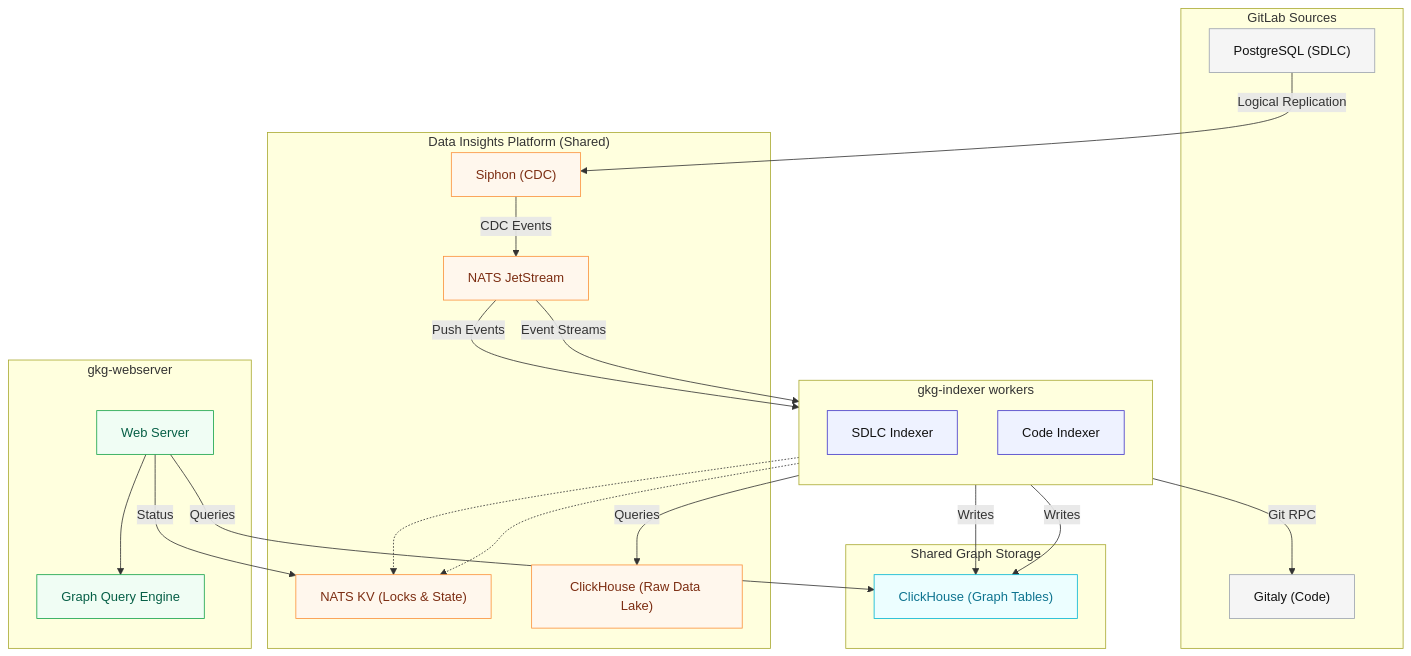
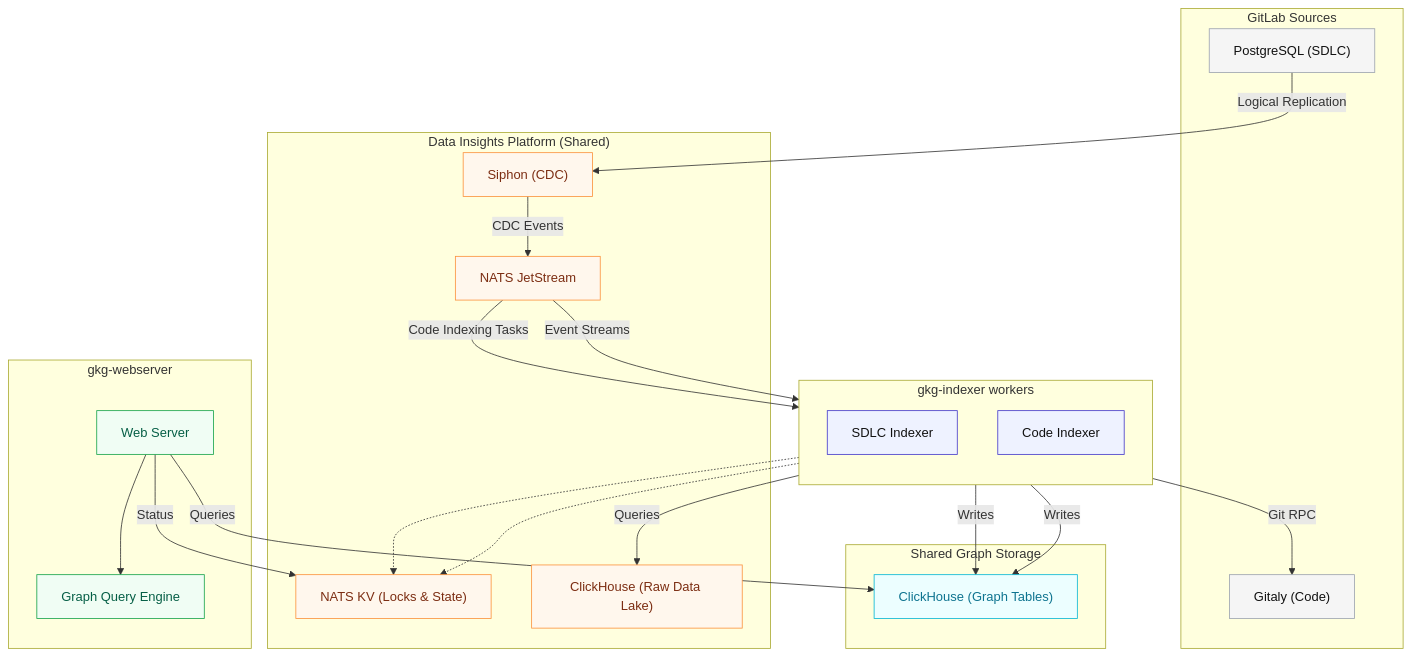
Before and after one commit to gitlabhq/orbit-knowledge-graph: the diagram in docs/design-documents/indexing/README.md, drawn with Mermaid. The commit also changed other lines of this file and 8 other files, not shown here.

First line of the commit message:
refactor(indexer): rename push_event_handler to code_indexing_task_handler

````diff
--- a/docs/design-documents/indexing/README.md
+++ b/docs/design-documents/indexing/README.md
@@ -27,61 +27,61 @@
 ```mermaid
 flowchart TD
   %% === Shared Infrastructure ===
   subgraph SOURCES["GitLab Sources"]
     PG["PostgreSQL (SDLC)"]
     Gitaly["Gitaly (Code)"]
   end
 
   subgraph DIP["Data Insights Platform (Shared)"]
     SYP["Siphon (CDC)"]
     JS["NATS JetStream"]
     KV["NATS KV (Locks & State)"]
     CH_RAW["ClickHouse (Raw Data Lake)"]
   end
 
   subgraph INDEXERS["gkg-indexer workers"]
     direction TB
     SDLC_IDX["SDLC Indexer"]
     CODE_IDX["Code Indexer"]
   end
 
   subgraph STORAGE["Shared Graph Storage"]
     CH_GRAPH["ClickHouse (Graph Tables)"]
   end
 
   subgraph QUERY["gkg-webserver"]
     WEB["Web Server"]
     QE["Graph Query Engine"]
   end
 
   %% === Data Flow ===
   PG -- Logical Replication --> SYP
   SYP -- CDC Events --> JS
   JS -- Event Streams --> SDLC_IDX
-  JS -- Push Events --> CODE_IDX
+  JS -- Code Indexing Tasks --> CODE_IDX
   CODE_IDX -- Git RPC --> Gitaly
 
   SDLC_IDX -- Queries --> CH_RAW
   SDLC_IDX -- Writes --> CH_GRAPH
   CODE_IDX -- Writes --> CH_GRAPH
 
   SDLC_IDX -.-> KV
   CODE_IDX -.-> KV
 
   WEB -- Queries --> CH_GRAPH
   WEB -- Status --> KV
   WEB --> QE
 
   %% === Styling ===
   classDef source fill:#f5f5f5,stroke:#9ca3af,color:#111
   classDef platform fill:#fff7ed,stroke:#fb923c,color:#7c2d12
   classDef indexer fill:#eef2ff,stroke:#4338ca,color:#111
   classDef storage fill:#ecfeff,stroke:#06b6d4,color:#0e7490
   classDef query fill:#f0fdf4,stroke:#16a34a,color:#065f46
 
   class PG,Gitaly source
   class SYP,JS,KV,CH_RAW platform
   class SDLC_IDX,CODE_IDX indexer
   class CH_GRAPH storage
   class WEB,QE query
 ```
````
